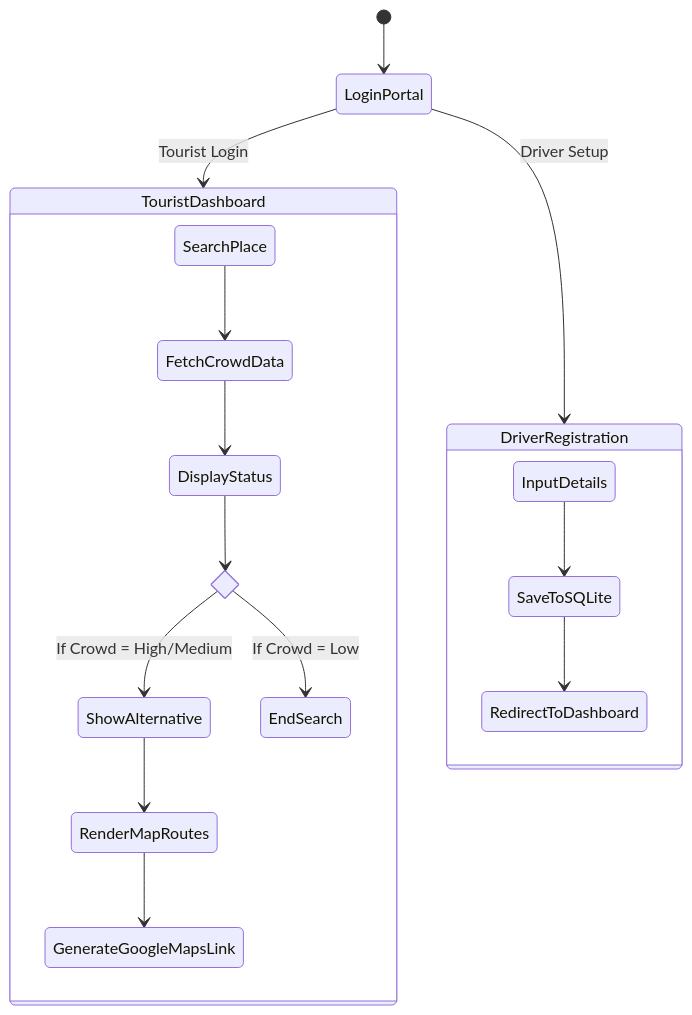
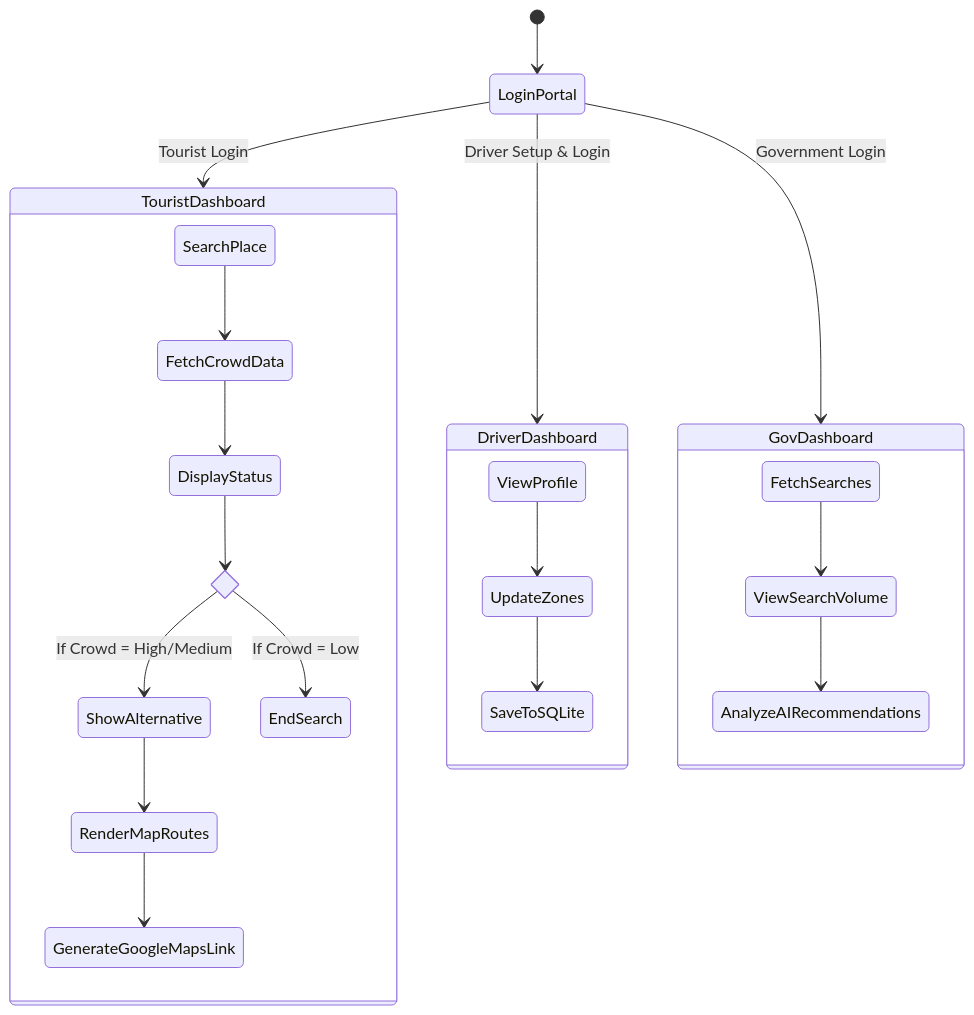
The second of 2 diagrams in README.md (Alister82/hackwarz-2k26), drawn with Mermaid before and after one commit. The commit also changed other lines of this file, not shown here.

````diff
--- a/README.md
+++ b/README.md
@@ -45,25 +56,31 @@
 ```mermaid
 stateDiagram-v2
     [*] --> LoginPortal
     LoginPortal --> TouristDashboard : Tourist Login
-    LoginPortal --> DriverRegistration : Driver Setup
+    LoginPortal --> DriverDashboard : Driver Setup & Login
+    LoginPortal --> GovDashboard : Government Login
     
-    state DriverRegistration {
-        InputDetails --> SaveToSQLite
-        SaveToSQLite --> RedirectToDashboard
+    state DriverDashboard {
+        ViewProfile --> UpdateZones
+        UpdateZones --> SaveToSQLite
+    }
+    
+    state GovDashboard {
+        FetchSearches --> ViewSearchVolume
+        ViewSearchVolume --> AnalyzeAIRecommendations
     }
     
     state TouristDashboard {
         SearchPlace --> FetchCrowdData
         FetchCrowdData --> DisplayStatus
         
         state check_crowd <<choice>>
         DisplayStatus --> check_crowd
         
         check_crowd --> ShowAlternative : If Crowd = High/Medium
         check_crowd --> EndSearch : If Crowd = Low
         
         ShowAlternative --> RenderMapRoutes
         RenderMapRoutes --> GenerateGoogleMapsLink
     }
 ```
````
